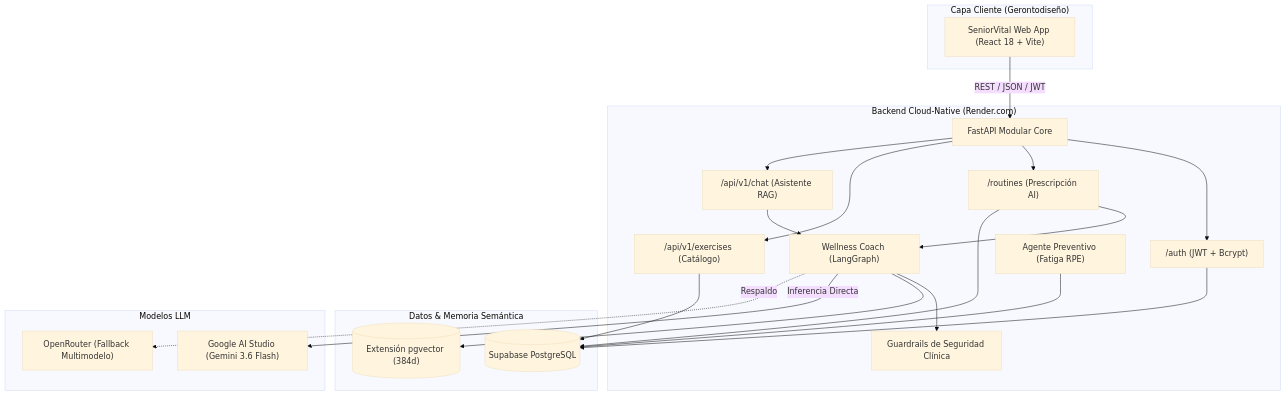
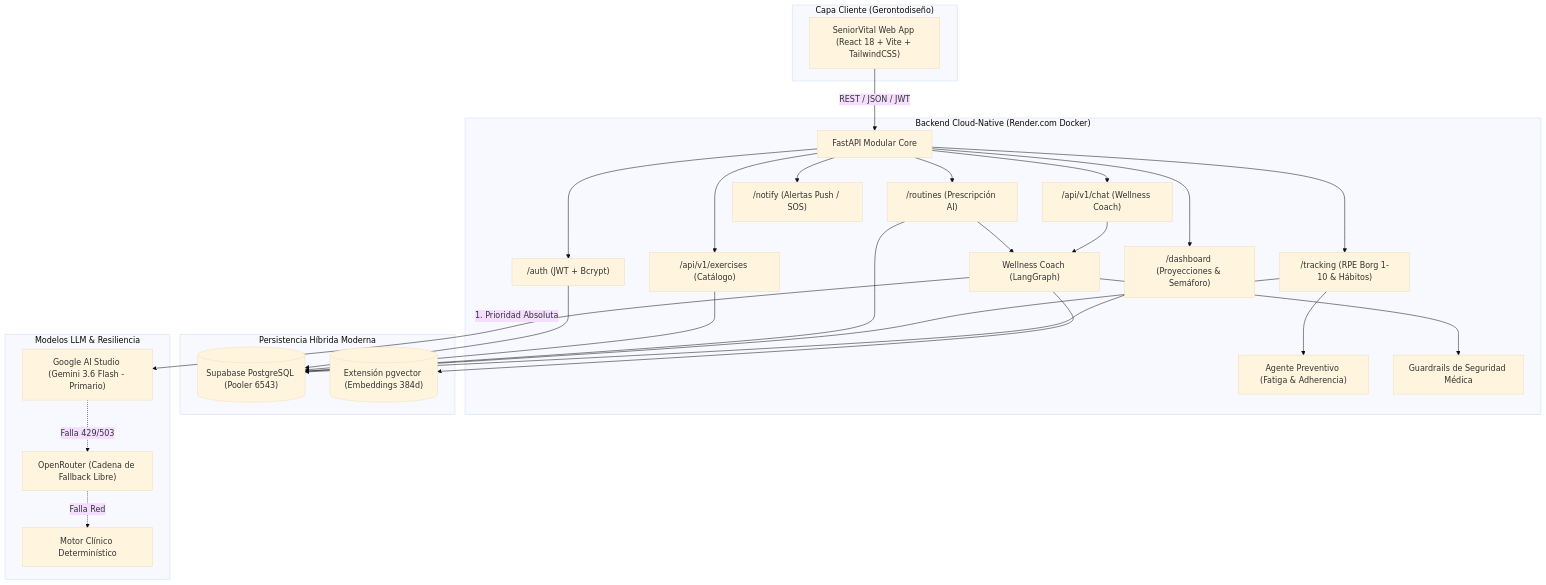
Before and after one commit to danielsanchez040601-byte/SeniorVital---Backend-API: the diagram in README.md, drawn with Mermaid (base theme). The commit also changed other lines of this file and 7 other files, not shown here.

````diff
--- a/README.md
+++ b/README.md
@@ -23,46 +29,57 @@
 ```mermaid
 graph TB
-    subgraph Frontend["Capa Cliente (Gerontodiseño)"]
-        UI["SeniorVital Web App (React 18 + Vite)"]
+    subgraph Frontend_App["Capa Cliente (Gerontodiseño)"]
+        UI["SeniorVital Web App (React 18 + Vite + TailwindCSS)"]
     end
 
-    subgraph Backend_Cloud["Backend Cloud-Native (Render.com)"]
+    subgraph Backend_Cloud["Backend Cloud-Native (Render.com Docker)"]
         API["FastAPI Modular Core"]
         Router_Auth["/auth (JWT + Bcrypt)"]
         Router_Routines["/routines (Prescripción AI)"]
         Router_Exercises["/api/v1/exercises (Catálogo)"]
-        Router_Chat["/api/v1/chat (Asistente RAG)"]
+        Router_Chat["/api/v1/chat (Wellness Coach)"]
+        Router_Tracking["/tracking (RPE Borg 1-10 & Hábitos)"]
+        Router_Dashboard["/dashboard (Proyecciones & Semáforo)"]
+        Router_Notify["/notify (Alertas Push / SOS)"]
         
         Agent_Wellness["Wellness Coach (LangGraph)"]
-        Agent_Preventive["Agente Preventivo (Fatiga RPE)"]
-        Guardrails["Guardrails de Seguridad Clínica"]
+        Agent_Preventive["Agente Preventivo (Fatiga & Adherencia)"]
+        Guardrails["Guardrails de Seguridad Médica"]
     end
 
-    subgraph Persistencia["Datos & Memoria Semántica"]
-        Supabase_DB[("Supabase PostgreSQL")]
-        PGVector[("Extensión pgvector (384d)")]
+    subgraph Persistencia["Persistencia Híbrida Moderna"]
+        Supabase_DB[("Supabase PostgreSQL (Pooler 6543)")]
+        PGVector[("Extensión pgvector (Embeddings 384d)")]
     end
 
-    subgraph Inferencia["Modelos LLM"]
-        Gemini["Google AI Studio (Gemini 3.6 Flash)"]
-        OpenRouter["OpenRouter (Fallback Multimodelo)"]
+    subgraph Inferencia["Modelos LLM & Resiliencia"]
+        Gemini["Google AI Studio (Gemini 3.6 Flash - Primario)"]
+        OpenRouter["OpenRouter (Cadena de Fallback Libre)"]
+        Det_Engine["Motor Clínico Determinístico"]
     end
 
     UI -->|REST / JSON / JWT| API
     API --> Router_Auth
     API --> Router_Routines
     API --> Router_Exercises
     API --> Router_Chat
+    API --> Router_Tracking
+    API --> Router_Dashboard
+    API --> Router_Notify
 
     Router_Routines --> Agent_Wellness
     Router_Chat --> Agent_Wellness
+    Router_Tracking --> Agent_Preventive
     Agent_Wellness --> Guardrails
     Agent_Wellness --> PGVector
-    Agent_Wellness -->|Inferencia Directa| Gemini
-    Agent_Wellness -.->|Respaldo| OpenRouter
+    
+    Agent_Wellness -->|1. Prioridad Absoluta| Gemini
+    Gemini -.->|Falla 429/503| OpenRouter
+    OpenRouter -.->|Falla Red| Det_Engine
 
     Router_Auth --> Supabase_DB
     Router_Exercises --> Supabase_DB
     Router_Routines --> Supabase_DB
-    Agent_Preventive --> Supabase_DB
+    Router_Tracking --> Supabase_DB
+    Router_Dashboard --> Supabase_DB
 ```
````
